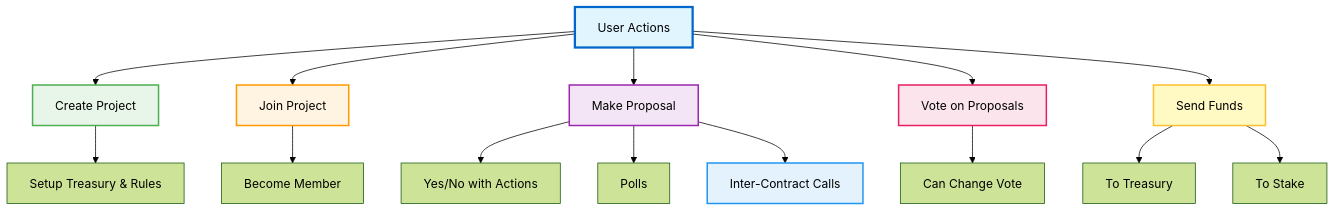
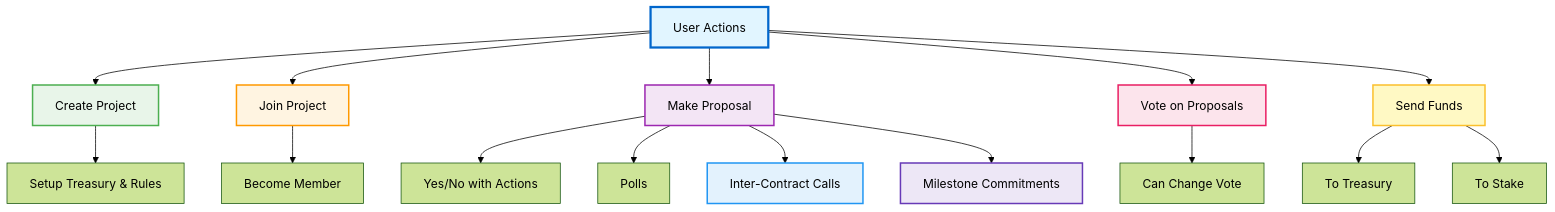
Before and after one commit to tibfox/okinoko_dao: the second of 5 diagrams in readme.md, drawn with Mermaid (forest theme). The commit also changed other lines of this file and 9 other files, not shown here.

````diff
--- a/readme.md
+++ b/readme.md
@@ -47,26 +47,28 @@
 ```mermaid
 graph TD
     User[User Actions]
     User --> Create[Create Project]
     User --> Join[Join Project]
     User --> Propose[Make Proposal]
     User --> Vote[Vote on Proposals]
     User --> Fund[Send Funds]
 
     Create --> Treasury[Setup Treasury & Rules]
     Join --> Member[Become Member]
     Propose --> YesNo[Yes/No with Actions]
     Propose --> Poll[Polls]
     Propose --> ICC[Inter-Contract Calls]
+    Propose --> Commit[Milestone Commitments]
     Vote --> Change[Can Change Vote]
     Fund --> ToTreasury[To Treasury]
     Fund --> ToStake[To Stake]
 
     style User fill:#e1f5ff,stroke:#0066cc,stroke-width:3px
     style Create fill:#e8f5e9,stroke:#4caf50,stroke-width:2px
     style Join fill:#fff4e1,stroke:#ff9900,stroke-width:2px
     style Propose fill:#f3e5f5,stroke:#9c27b0,stroke-width:2px
     style Vote fill:#fce4ec,stroke:#e91e63,stroke-width:2px
     style Fund fill:#fff9c4,stroke:#fbc02d,stroke-width:2px
     style ICC fill:#e3f2fd,stroke:#2196f3,stroke-width:2px
+    style Commit fill:#ede7f6,stroke:#673ab7,stroke-width:2px
 ```
````
